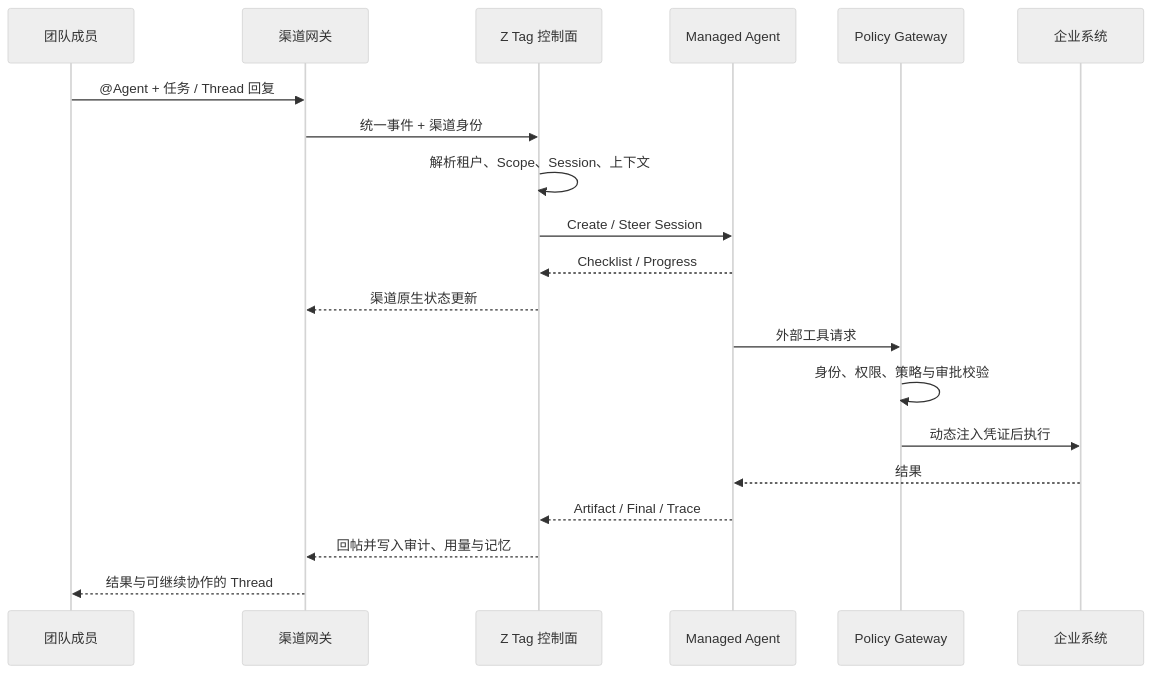
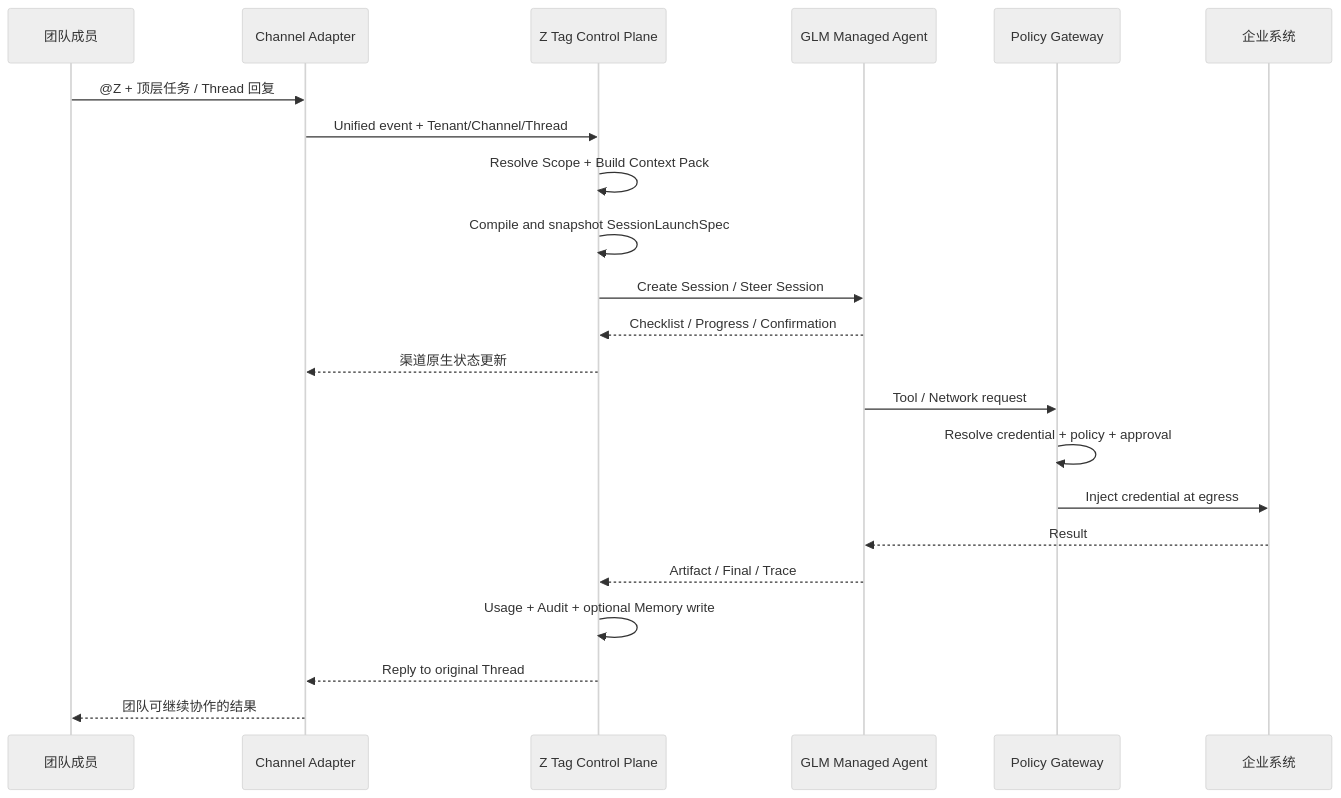
Before and after one commit to hongliang-zhang/z-tag-by-managed-agent: the second of 2 diagrams in docs/glm-z-tag-architecture.md, drawn with Mermaid (neutral theme). The commit also changed other lines of this file, not shown here.

Commit message:
docs: review Claude Tag scope and access architecture

````diff
--- a/docs/glm-z-tag-architecture.md
+++ b/docs/glm-z-tag-architecture.md
@@ -109,23 +305,25 @@
 ```mermaid
 sequenceDiagram
     participant U as 团队成员
-    participant C as 渠道网关
-    participant Z as Z Tag 控制面
-    participant M as Managed Agent
+    participant C as Channel Adapter
+    participant Z as Z Tag Control Plane
+    participant M as GLM Managed Agent
     participant P as Policy Gateway
     participant E as 企业系统
 
-    U->>C: @Agent + 任务 / Thread 回复
-    C->>Z: 统一事件 + 渠道身份
-    Z->>Z: 解析租户、Scope、Session、上下文
-    Z->>M: Create / Steer Session
-    M-->>Z: Checklist / Progress
+    U->>C: @Z + 顶层任务 / Thread 回复
+    C->>Z: Unified event + Tenant/Channel/Thread
+    Z->>Z: Resolve Scope + Build Context Pack
+    Z->>Z: Compile and snapshot SessionLaunchSpec
+    Z->>M: Create Session / Steer Session
+    M-->>Z: Checklist / Progress / Confirmation
     Z-->>C: 渠道原生状态更新
-    M->>P: 外部工具请求
-    P->>P: 身份、权限、策略与审批校验
-    P->>E: 动态注入凭证后执行
-    E-->>M: 结果
+    M->>P: Tool / Network request
+    P->>P: Resolve credential + policy + approval
+    P->>E: Inject credential at egress
+    E-->>M: Result
     M-->>Z: Artifact / Final / Trace
-    Z-->>C: 回帖并写入审计、用量与记忆
-    C-->>U: 结果与可继续协作的 Thread
+    Z->>Z: Usage + Audit + optional Memory write
+    Z-->>C: Reply to original Thread
+    C-->>U: 团队可继续协作的结果
 ```
````
